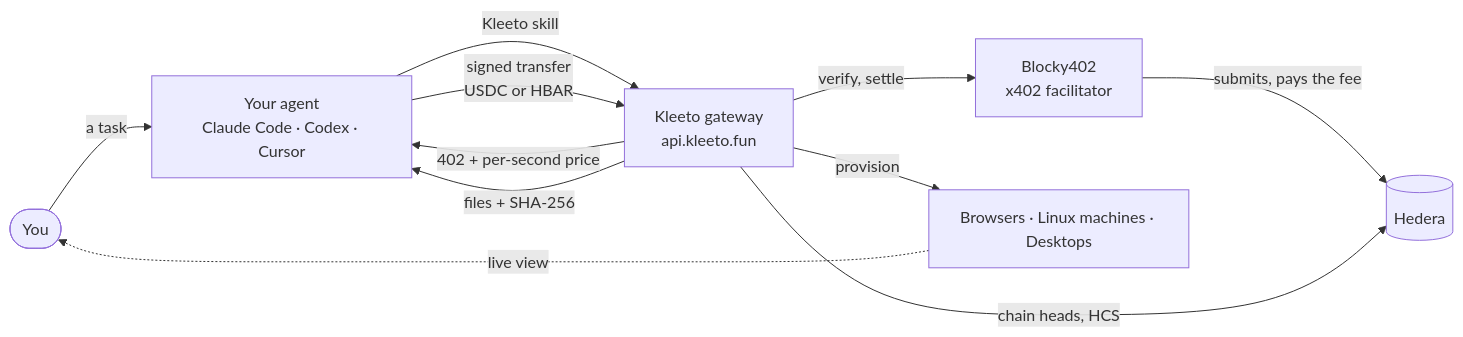
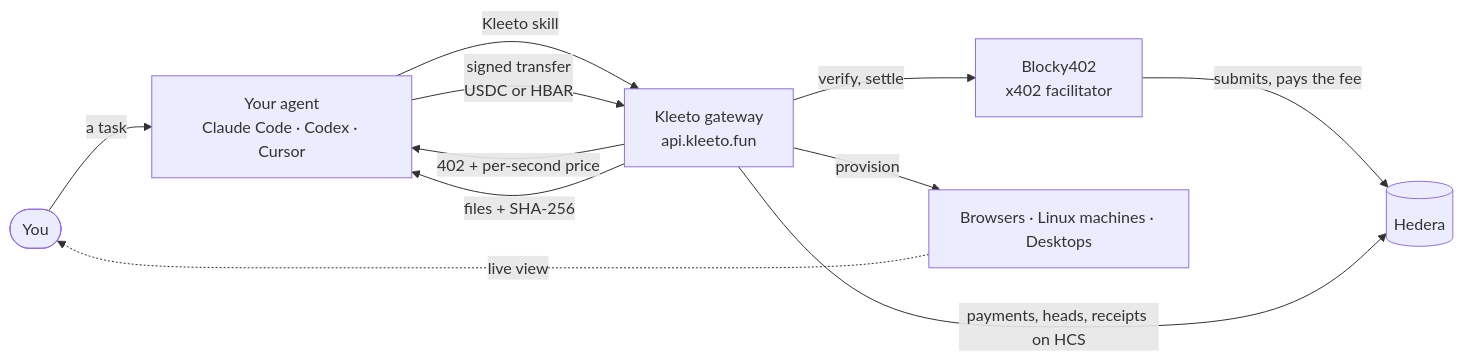
The first of 4 diagrams in README.md (akash-mondal/kleeto), drawn with Mermaid before and after one commit. The commit also changed other lines of this file and 2 other files, not shown here.

First line of the commit message:
feat: payments and closing receipts on the HCS topic, beside the meter's heads

````diff
--- a/README.md
+++ b/README.md
@@ -143,13 +144,13 @@
 ```mermaid
 flowchart LR
     you(["You"]) -- "a task" --> agent["Your agent<br/>Claude Code · Codex · Cursor"]
     agent -- "Kleeto skill" --> gw["Kleeto gateway<br/>api.kleeto.fun"]
     gw -- "402 + per-second price" --> agent
     agent -- "signed transfer<br/>USDC or HBAR" --> gw
     gw -- "verify, settle" --> fac["Blocky402<br/>x402 facilitator"]
     fac -- "submits, pays the fee" --> hedera[("Hedera")]
     gw -- "provision" --> fleet["Browsers · Linux machines · Desktops"]
-    gw -- "chain heads, HCS" --> hedera
+    gw -- "payments, heads, receipts on HCS" --> hedera
     fleet -. "live view" .-> you
     gw -- "files + SHA-256" --> agent
 ```
````
